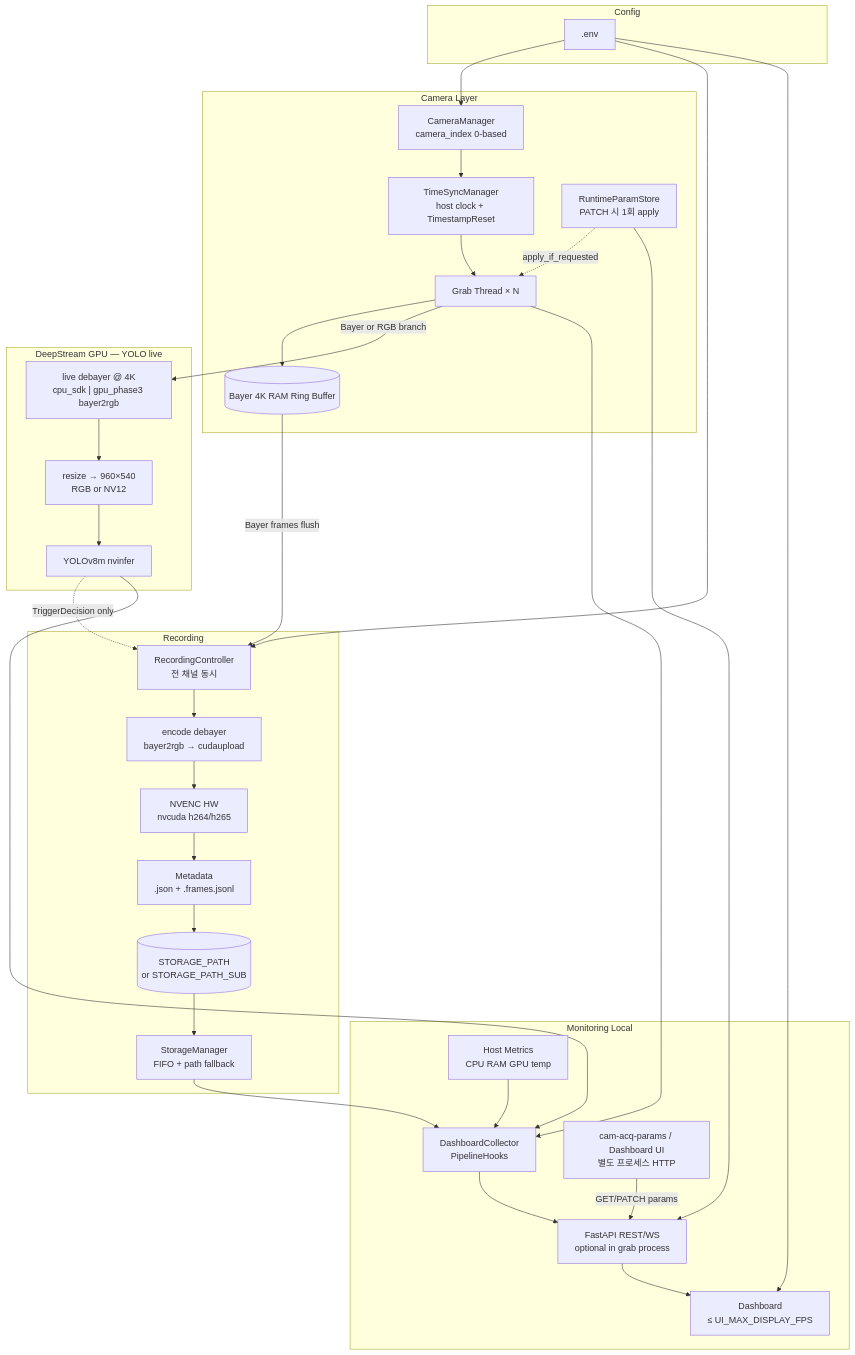
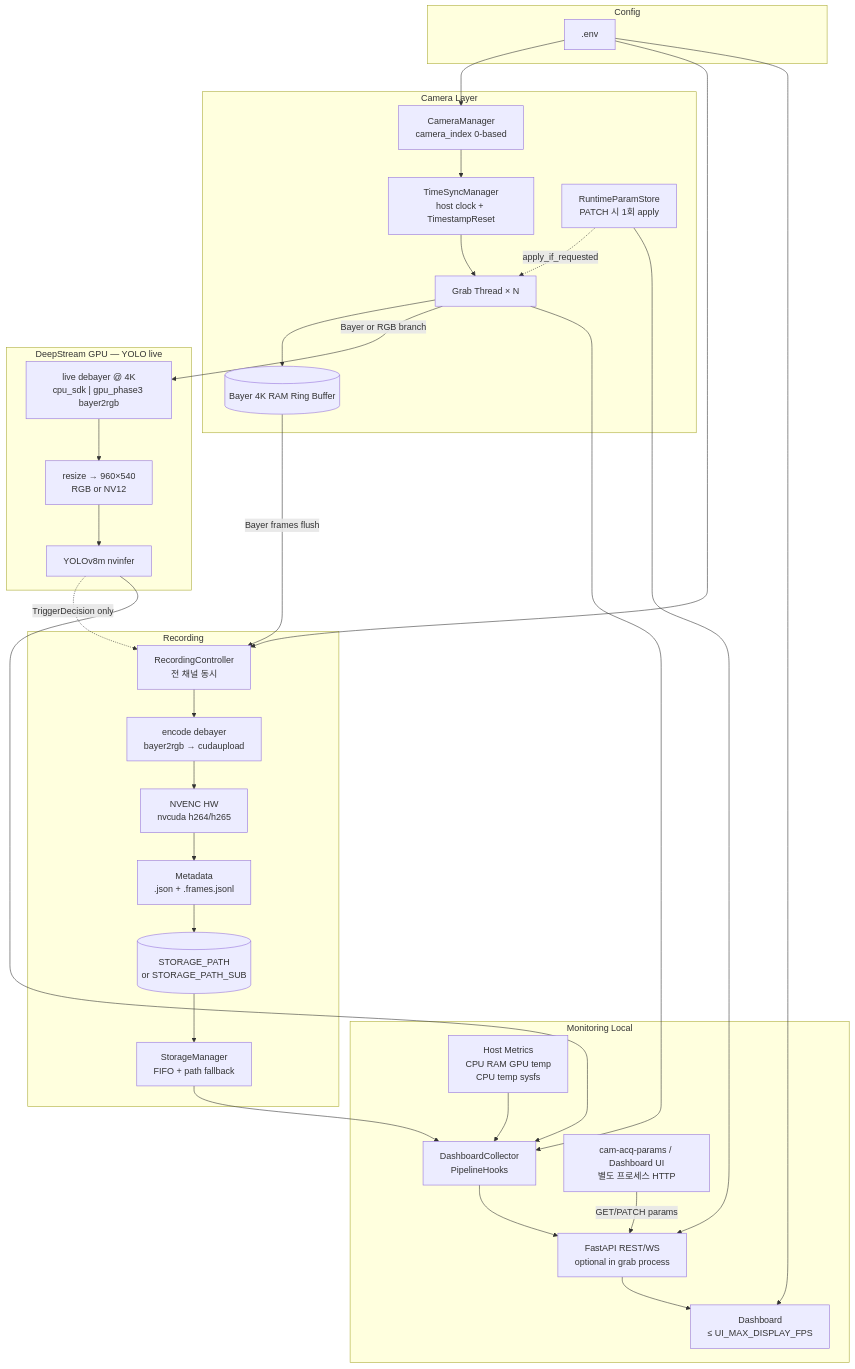
Before and after one commit to besolt-JJune/cam_acq: the diagram in docs/architecture.md, drawn with Mermaid. The commit also changed other lines of this file and 32 other files, not shown here.

First line of the commit message:
Add monitoring dashboard, recording semantics, and architecture docs.

````diff
--- a/docs/architecture.md
+++ b/docs/architecture.md
@@ -20,57 +20,57 @@
 ```mermaid
 flowchart TB
     subgraph env [Config]
         DOTENV[".env"]
     end
 
     subgraph cam [Camera Layer]
         CM[CameraManager\ncamera_index 0-based]
         TSM[TimeSyncManager\nhost clock + TimestampReset]
         GRAB[Grab Thread × N]
         PS[RuntimeParamStore\nPATCH 시 1회 apply]
         RB[(Bayer 4K RAM Ring Buffer)]
         CM --> TSM --> GRAB
         GRAB --> RB
         PS -.->|apply_if_requested| GRAB
     end
 
     subgraph ds [DeepStream GPU — YOLO live]
         LIVE_DEBAYER["live debayer @ 4K\ncpu_sdk | gpu_phase3 bayer2rgb"]
         RESIZE["resize → 960×540\nRGB or NV12"]
         YOLO[YOLOv8m nvinfer]
         GRAB -->|Bayer or RGB branch| LIVE_DEBAYER --> RESIZE --> YOLO
     end
 
     subgraph rec [Recording]
         RC[RecordingController\n전 채널 동시]
         ENC_DEBAYER["encode debayer\nbayer2rgb → cudaupload"]
         ENC[NVENC HW\nnvcuda h264/h265]
         META["Metadata\n.json + .frames.jsonl"]
         RB -->|Bayer frames flush| RC
         YOLO -.->|TriggerDecision only| RC
         RC --> ENC_DEBAYER --> ENC --> META
         META --> STOR[(STORAGE_PATH\nor STORAGE_PATH_SUB)]
         SM[StorageManager\nFIFO + path fallback]
         STOR --> SM
     end
 
     subgraph ui [Monitoring Local]
         COL[DashboardCollector\nPipelineHooks]
-        SYS[Host Metrics\nCPU RAM GPU temp]
+        SYS[Host Metrics\nCPU RAM GPU temp\nCPU temp sysfs]
         API[FastAPI REST/WS\noptional in grab process]
         WEB[Dashboard\n≤ UI_MAX_DISPLAY_FPS]
         EXT[cam-acq-params / Dashboard UI\n별도 프로세스 HTTP]
         YOLO --> COL
         GRAB --> COL
         SM --> COL
         SYS --> COL
         COL --> API
         API --> WEB
         EXT -->|GET/PATCH params| API
         PS --> API
     end
 
     DOTENV --> CM
     DOTENV --> RC
     DOTENV --> WEB
 ```
````
